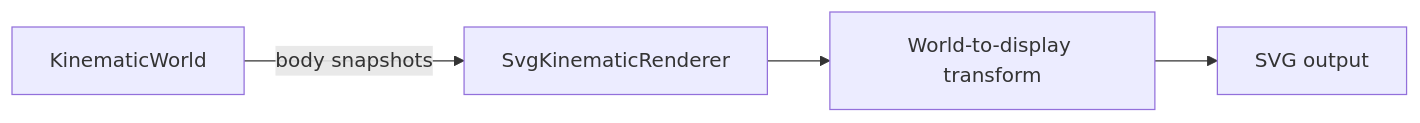
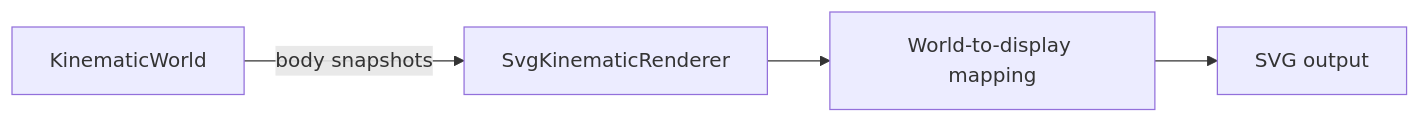
The diagram in src/visualization/README.md (fa-ribeiro/vLab2D), drawn with Mermaid before and after one commit. The commit also changed other lines of this file and 4 other files, not shown here.

````diff
--- a/src/visualization/README.md
+++ b/src/visualization/README.md
@@ -36,6 +42,6 @@
 ```mermaid
 flowchart LR
     W[KinematicWorld] -->|body snapshots| R[SvgKinematicRenderer]
-    R --> T[World-to-display transform]
+    R --> T[World-to-display mapping]
     T --> SVG[SVG output]
 ```
````
